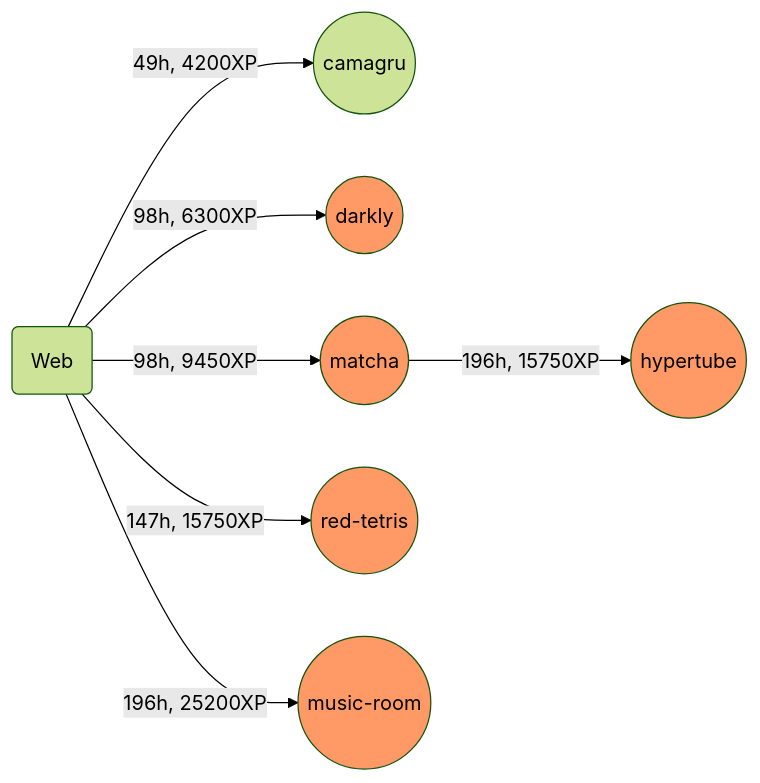
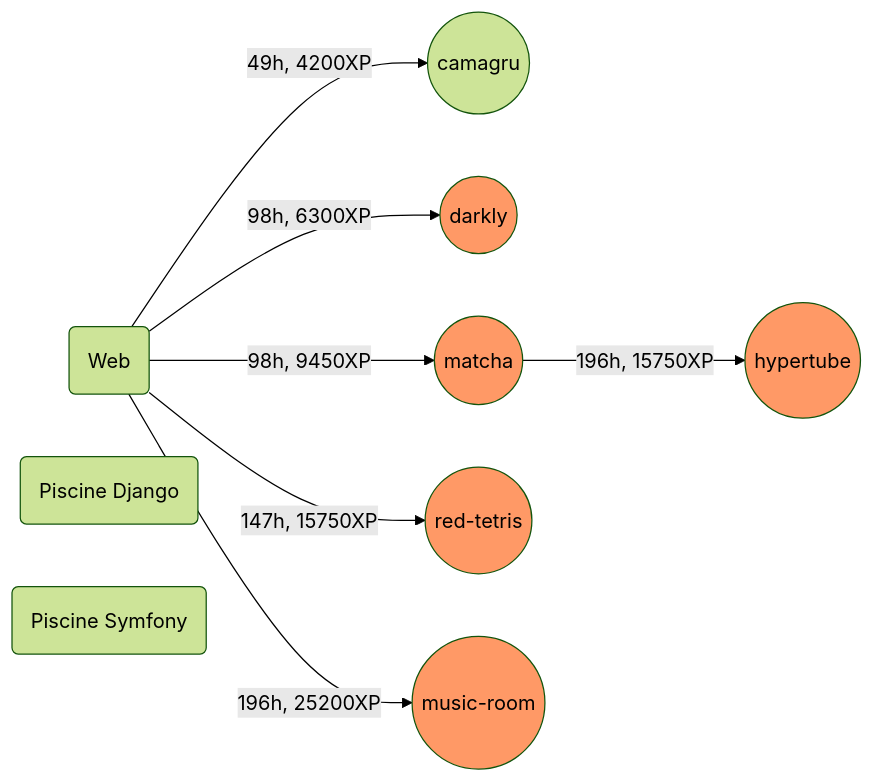
The third of 6 diagrams in README.md (jmcheon/web_mobile_branch), drawn with Mermaid (forest theme) before and after one commit. The commit also changed other lines of this file, not shown here.

````diff
--- a/README.md
+++ b/README.md
@@ -53,14 +60,16 @@
 ```mermaid
 flowchart LR
+	p(Piscine Django)
+	p1(Piscine Symfony)
 	A((camagru))
 	B((darkly)):::group
 	F((hypertube)):::group
 	0(Web)
 	0 --49h, 4200XP --> A
 	0 -- 98h, 6300XP --> B
 	0 -- 98h, 9450XP --> C((matcha)):::group
 	0 -- 147h, 15750XP --> D((red-tetris)):::group
 	0 -- 196h, 25200XP --> E((music-room)):::group
 	C -- 196h, 15750XP --> F
     classDef group fill:#f96
 ```
````
